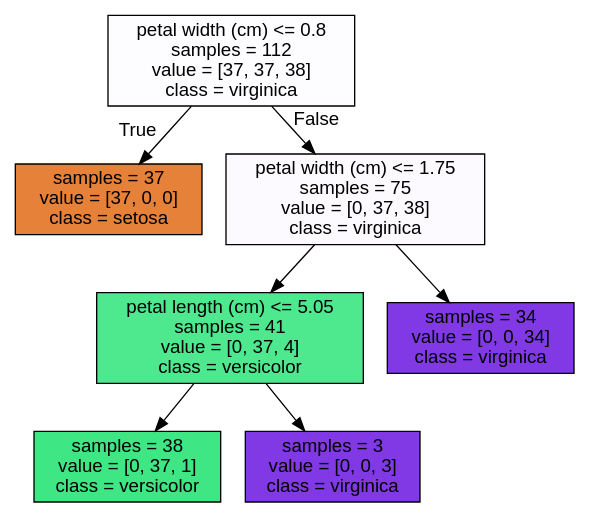
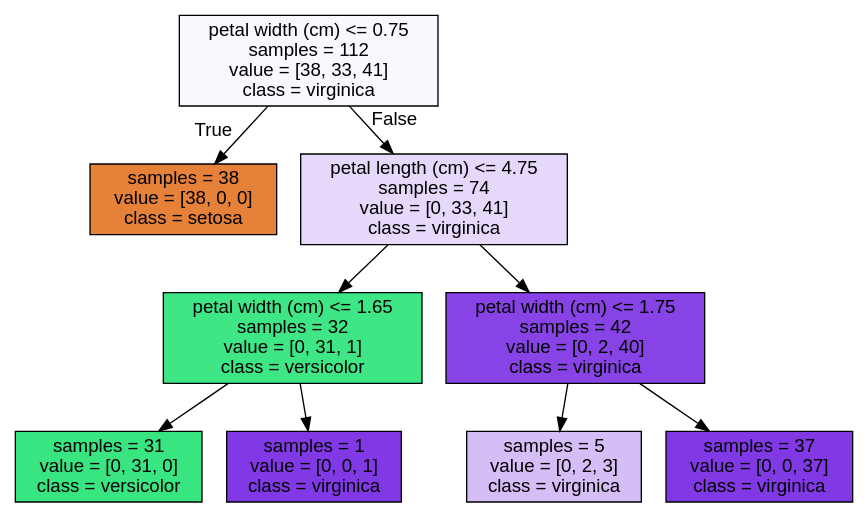
One commit to keltoi-dev/ejercicios_datamining changed the diagram in arbol1.dot. Above: the diagram before and after it, drawn with Graphviz. The commit also changed 4 other files, not shown here.

```diff
--- a/arbol1.dot
+++ b/arbol1.dot
@@ -1,17 +1,21 @@
 digraph Tree {
 node [shape=box, style="filled", color="black", fontname="helvetica"] ;
 edge [fontname="helvetica"] ;
-0 [label="petal width (cm) <= 0.8\nsamples = 112\nvalue = [37, 37, 38]\nclass = virginica", fillcolor="#fdfcff"] ;
-1 [label="samples = 37\nvalue = [37, 0, 0]\nclass = setosa", fillcolor="#e58139"] ;
+0 [label="petal width (cm) <= 0.75\nsamples = 112\nvalue = [38, 33, 41]\nclass = virginica", fillcolor="#faf7fe"] ;
+1 [label="samples = 38\nvalue = [38, 0, 0]\nclass = setosa", fillcolor="#e58139"] ;
 0 -> 1 [labeldistance=2.5, labelangle=45, headlabel="True"] ;
-2 [label="petal width (cm) <= 1.75\nsamples = 75\nvalue = [0, 37, 38]\nclass = virginica", fillcolor="#fcfafe"] ;
+2 [label="petal length (cm) <= 4.75\nsamples = 74\nvalue = [0, 33, 41]\nclass = virginica", fillcolor="#e6d8fa"] ;
 0 -> 2 [labeldistance=2.5, labelangle=-45, headlabel="False"] ;
-3 [label="petal length (cm) <= 5.05\nsamples = 41\nvalue = [0, 37, 4]\nclass = versicolor", fillcolor="#4ee88f"] ;
+3 [label="petal width (cm) <= 1.65\nsamples = 32\nvalue = [0, 31, 1]\nclass = versicolor", fillcolor="#3fe685"] ;
 2 -> 3 ;
-4 [label="samples = 38\nvalue = [0, 37, 1]\nclass = versicolor", fillcolor="#3ee684"] ;
+4 [label="samples = 31\nvalue = [0, 31, 0]\nclass = versicolor", fillcolor="#39e581"] ;
 3 -> 4 ;
-5 [label="samples = 3\nvalue = [0, 0, 3]\nclass = virginica", fillcolor="#8139e5"] ;
+5 [label="samples = 1\nvalue = [0, 0, 1]\nclass = virginica", fillcolor="#8139e5"] ;
 3 -> 5 ;
-6 [label="samples = 34\nvalue = [0, 0, 34]\nclass = virginica", fillcolor="#8139e5"] ;
+6 [label="petal width (cm) <= 1.75\nsamples = 42\nvalue = [0, 2, 40]\nclass = virginica", fillcolor="#8743e6"] ;
 2 -> 6 ;
+7 [label="samples = 5\nvalue = [0, 2, 3]\nclass = virginica", fillcolor="#d5bdf6"] ;
+6 -> 7 ;
+8 [label="samples = 37\nvalue = [0, 0, 37]\nclass = virginica", fillcolor="#8139e5"] ;
+6 -> 8 ;
 }
```
